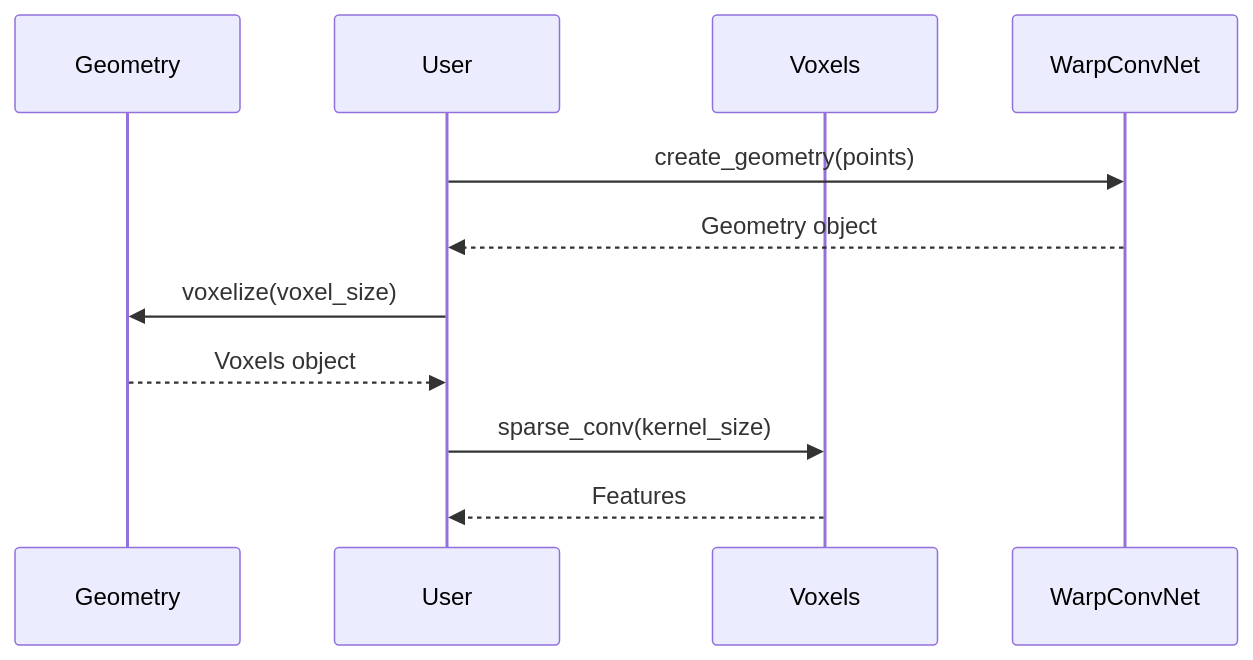
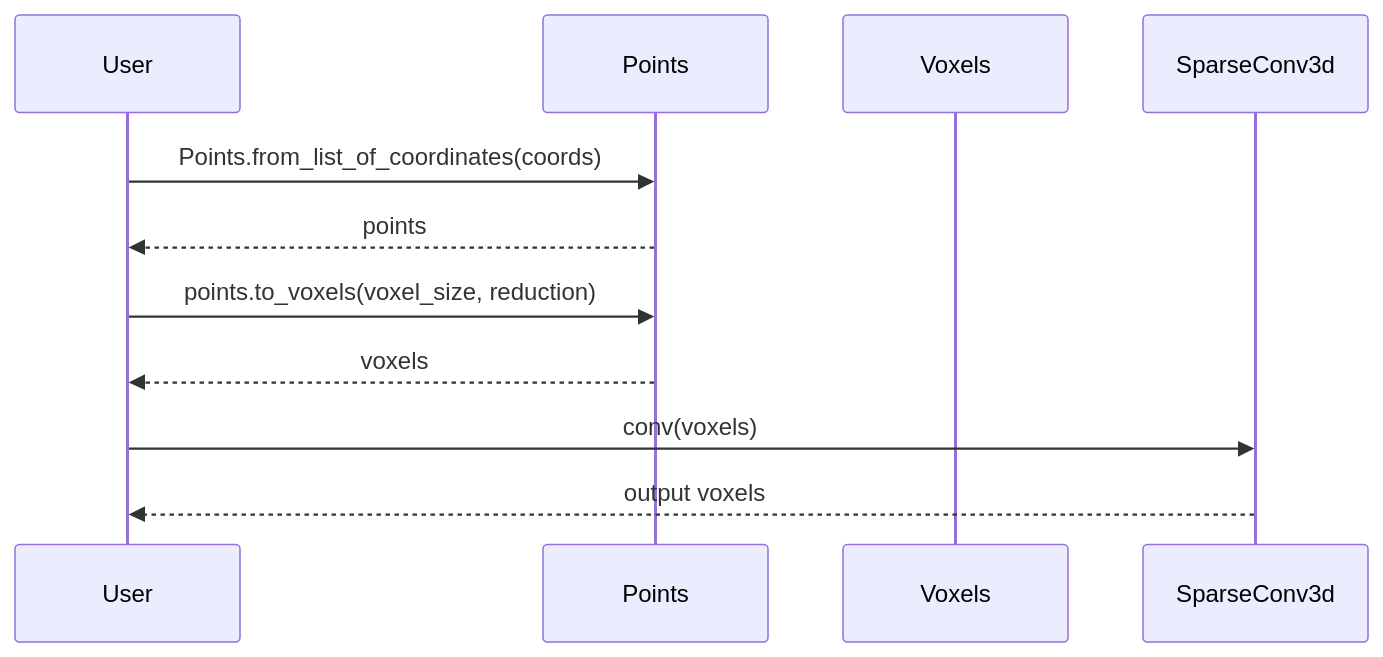
Before and after one commit to NVlabs/WarpConvNet: the diagram in docs/diagrams/api_sequence.md, drawn with Mermaid. The commit also changed other lines of this file and 33 other files, not shown here.

````diff
--- a/docs/diagrams/api_sequence.md
+++ b/docs/diagrams/api_sequence.md
@@ -1,14 +3,14 @@
 ```mermaid
 sequenceDiagram
-    participant Geometry
     participant User
+    participant Points
     participant Voxels
-    participant WarpConvNet
+    participant SparseConv3d
 
-    User->>WarpConvNet: create_geometry(points)
-    WarpConvNet-->>User: Geometry object
-    User->>Geometry: voxelize(voxel_size)
-    Geometry-->>User: Voxels object
-    User->>Voxels: sparse_conv(kernel_size)
-    Voxels-->>User: Features
+    User->>Points: Points.from_list_of_coordinates(coords)
+    Points-->>User: points
+    User->>Points: points.to_voxels(voxel_size, reduction)
+    Points-->>User: voxels
+    User->>SparseConv3d: conv(voxels)
+    SparseConv3d-->>User: output voxels
 ```
````
